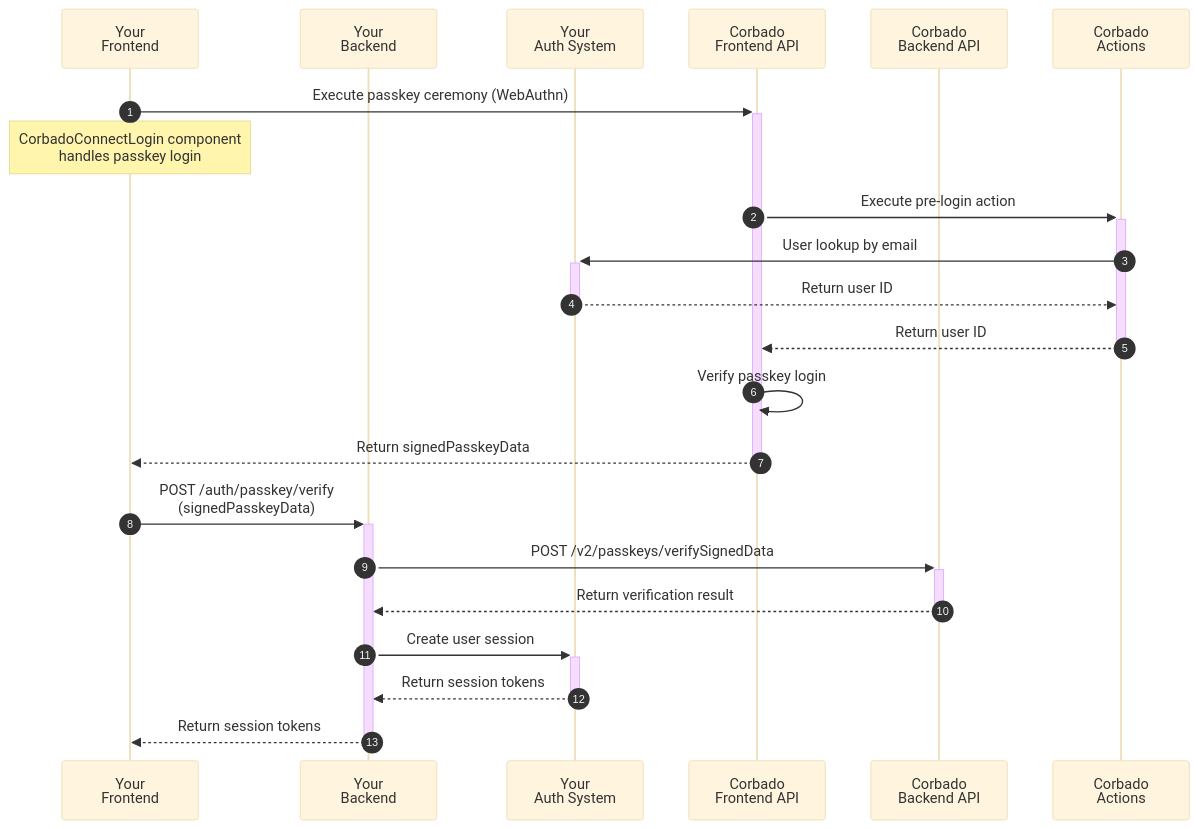
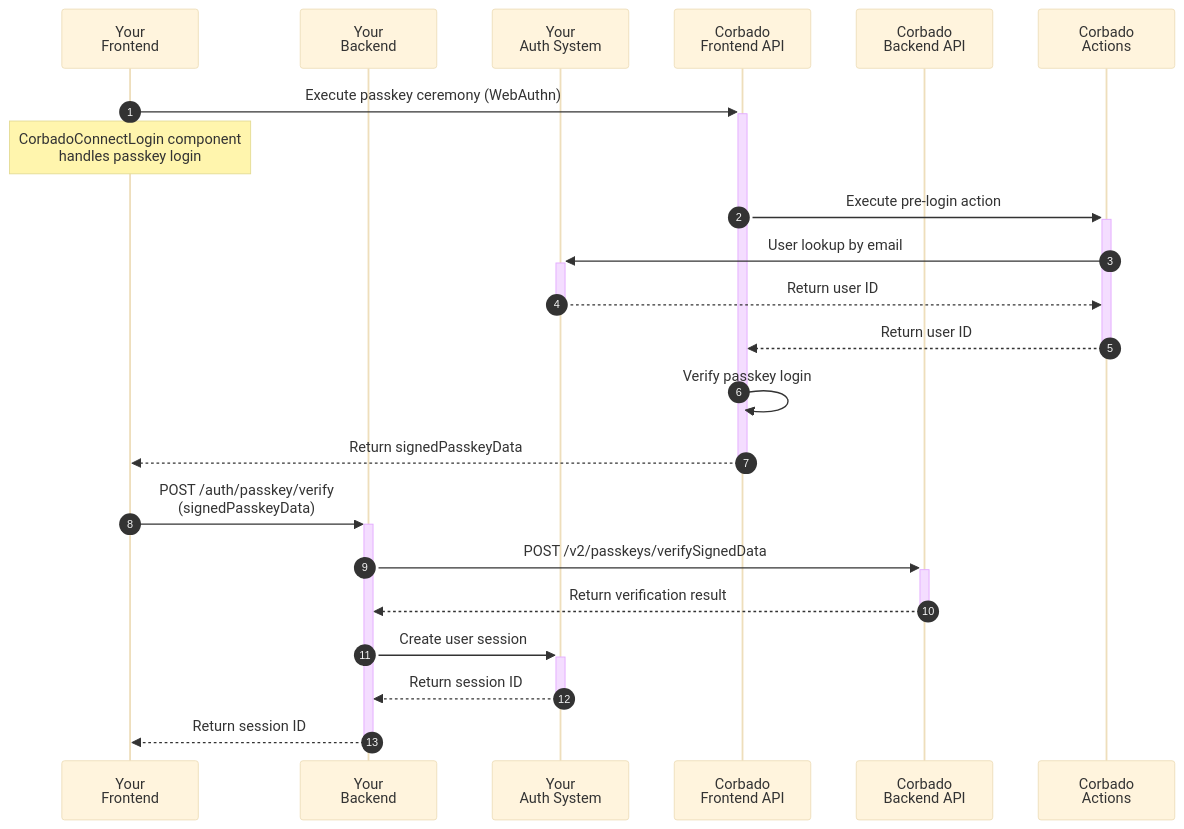
Before and after one commit to corbadotech/docs: the third of 4 diagrams in corbado-connect/integration/generic.mdx, drawn with Mermaid (base theme). The commit also changed other lines of this file, not shown here.

````diff
--- a/corbado-connect/integration/generic.mdx
+++ b/corbado-connect/integration/generic.mdx
@@ -273,26 +274,26 @@
 ```mermaid
 sequenceDiagram
     autonumber
     participant Frontend as Your<br/>Frontend
     participant Backend as Your<br/>Backend
     participant IdP as Your<br/>Auth System
     participant FAPI as Corbado<br/>Frontend API
     participant BAPI as Corbado<br/>Backend API
     participant Actions as Corbado<br/>Actions
 
     Frontend->>+FAPI: Execute passkey ceremony (WebAuthn)
     Note over Frontend: CorbadoConnectLogin component<br/>handles passkey login
     FAPI->>+Actions: Execute pre-login action
     Actions->>+IdP: User lookup by email
     IdP-->>-Actions: Return user ID
     Actions-->>-FAPI: Return user ID
     FAPI->>FAPI: Verify passkey login
     FAPI-->>-Frontend: Return signedPasskeyData
 
     Frontend->>+Backend: POST /auth/passkey/verify<br/>(signedPasskeyData)
     Backend->>+BAPI: POST /v2/passkeys/verifySignedData
     BAPI-->>-Backend: Return verification result
     Backend->>+IdP: Create user session
-    IdP-->>-Backend: Return session tokens
-    Backend-->>-Frontend: Return session tokens
+    IdP-->>-Backend: Return session ID
+    Backend-->>-Frontend: Return session ID
 ```
````
